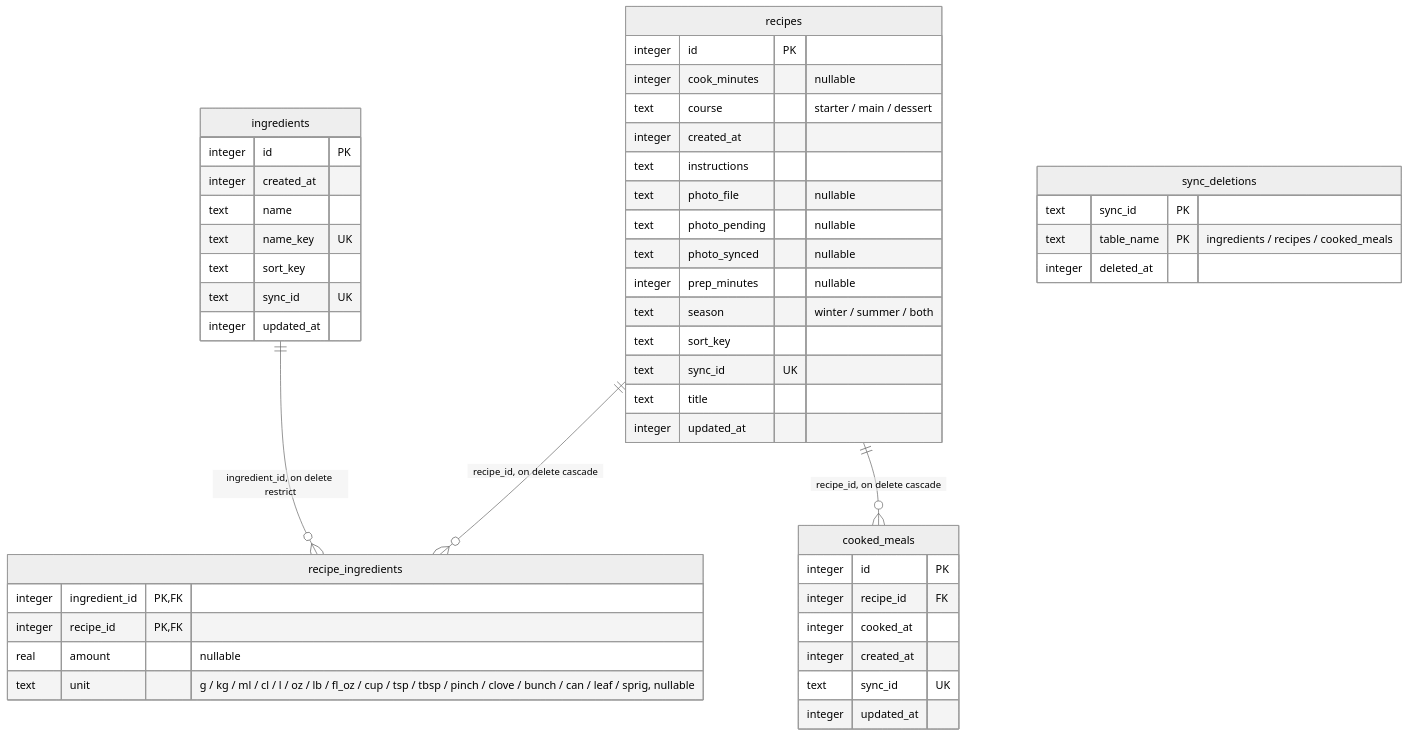
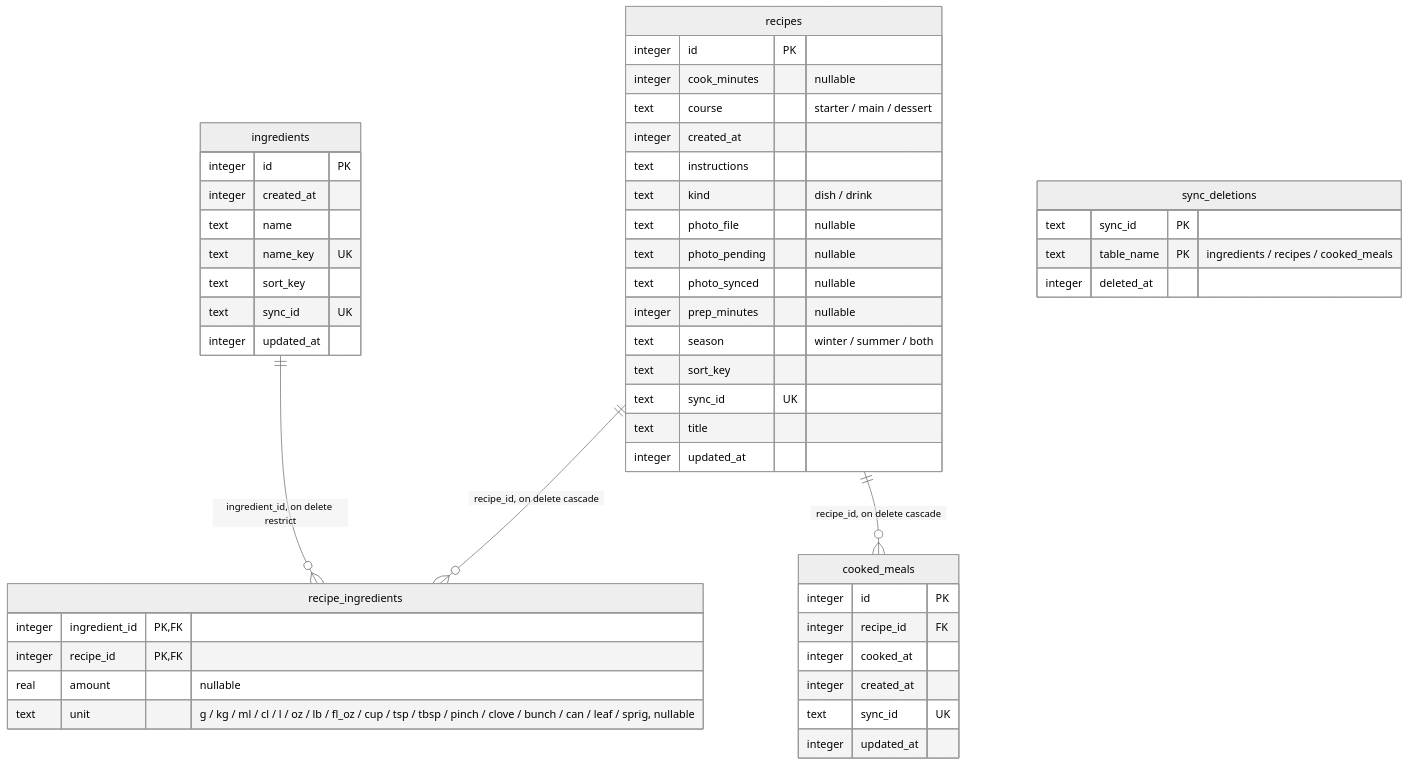
One commit to someoneinthe/dishes-cook changed the diagram in docs/database.md. Above: the diagram before and after it, drawn with Mermaid (neutral theme). The commit also changed other lines of this file and 42 other files, not shown here.

````diff
--- a/docs/database.md
+++ b/docs/database.md
@@ -10,50 +10,51 @@
 ```mermaid
 erDiagram
   cooked_meals {
     integer id PK
     integer recipe_id FK
     integer cooked_at
     integer created_at
     text sync_id UK
     integer updated_at
   }
   ingredients {
     integer id PK
     integer created_at
     text name
     text name_key UK
     text sort_key
     text sync_id UK
     integer updated_at
   }
   recipe_ingredients {
     integer ingredient_id PK, FK
     integer recipe_id PK, FK
     real amount "nullable"
     text unit "g / kg / ml / cl / l / oz / lb / fl_oz / cup / tsp / tbsp / pinch / clove / bunch / can / leaf / sprig, nullable"
   }
   recipes {
     integer id PK
     integer cook_minutes "nullable"
     text course "starter / main / dessert"
     integer created_at
     text instructions
+    text kind "dish / drink"
     text photo_file "nullable"
     text photo_pending "nullable"
     text photo_synced "nullable"
     integer prep_minutes "nullable"
     text season "winter / summer / both"
     text sort_key
     text sync_id UK
     text title
     integer updated_at
   }
   sync_deletions {
     text sync_id PK
     text table_name PK "ingredients / recipes / cooked_meals"
     integer deleted_at
   }
   recipes ||--o{ cooked_meals : "recipe_id, on delete cascade"
   ingredients ||--o{ recipe_ingredients : "ingredient_id, on delete restrict"
   recipes ||--o{ recipe_ingredients : "recipe_id, on delete cascade"
 ```
````
